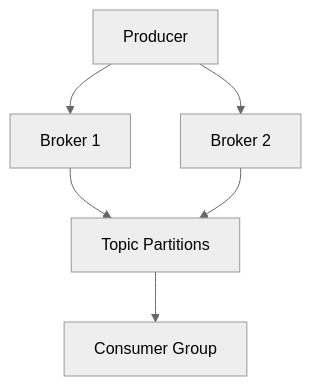
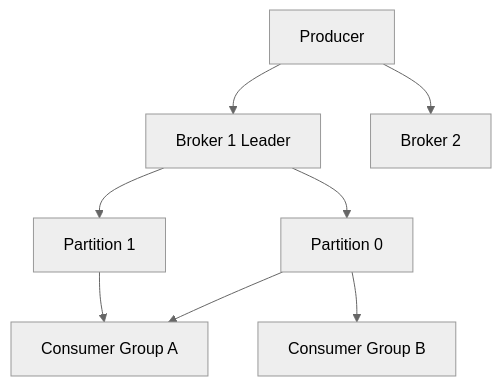
The sixth of 24 diagrams in 06-messaging-and-events/README.md (hareramcse/SystemDesign), drawn with Mermaid (neutral theme) before and after one commit. The commit also changed other lines of this file and 8 other files, not shown here.

````diff
--- a/06-messaging-and-events/README.md
+++ b/06-messaging-and-events/README.md
@@ -317,8 +338,10 @@
 ```mermaid
 flowchart TB
-    Prod[Producer] --> B1[Broker 1]
+    Prod[Producer] --> B1[Broker 1 Leader]
     Prod --> B2[Broker 2]
-    B1 --> Topic[Topic Partitions]
-    B2 --> Topic
-    Topic --> CG[Consumer Group]
+    B1 --> P0[Partition 0]
+    B1 --> P1[Partition 1]
+    P0 --> CG1[Consumer Group A]
+    P1 --> CG1
+    P0 --> CG2[Consumer Group B]
 ```
````
